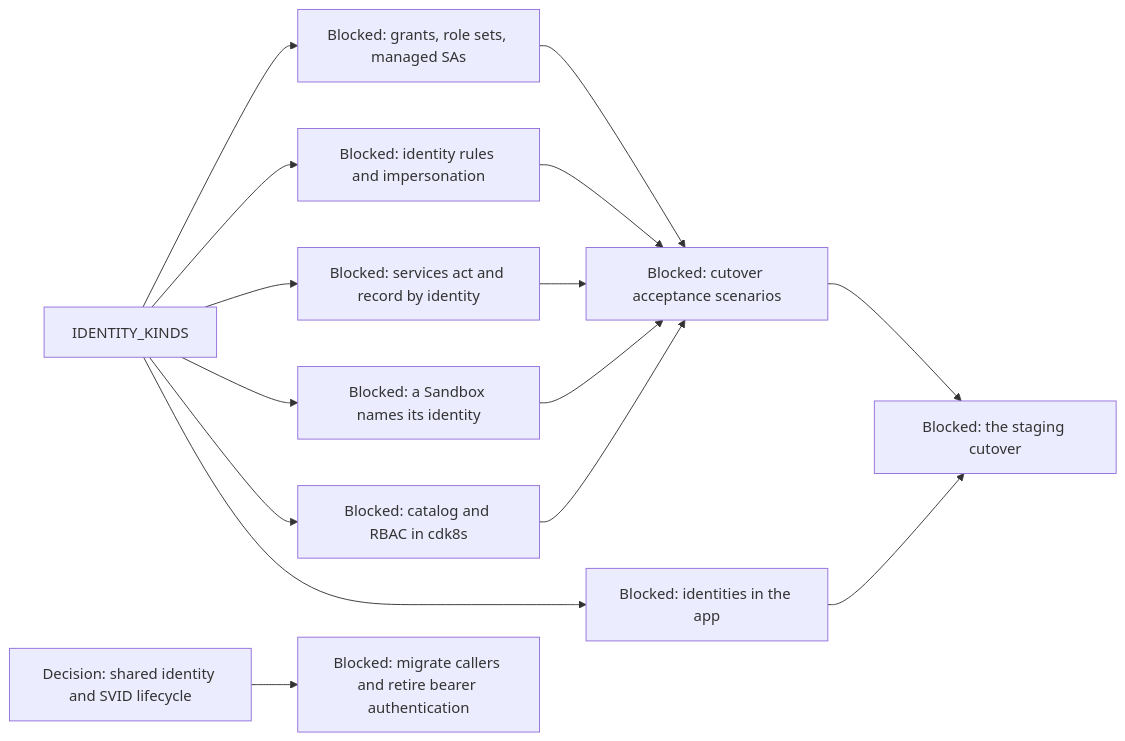
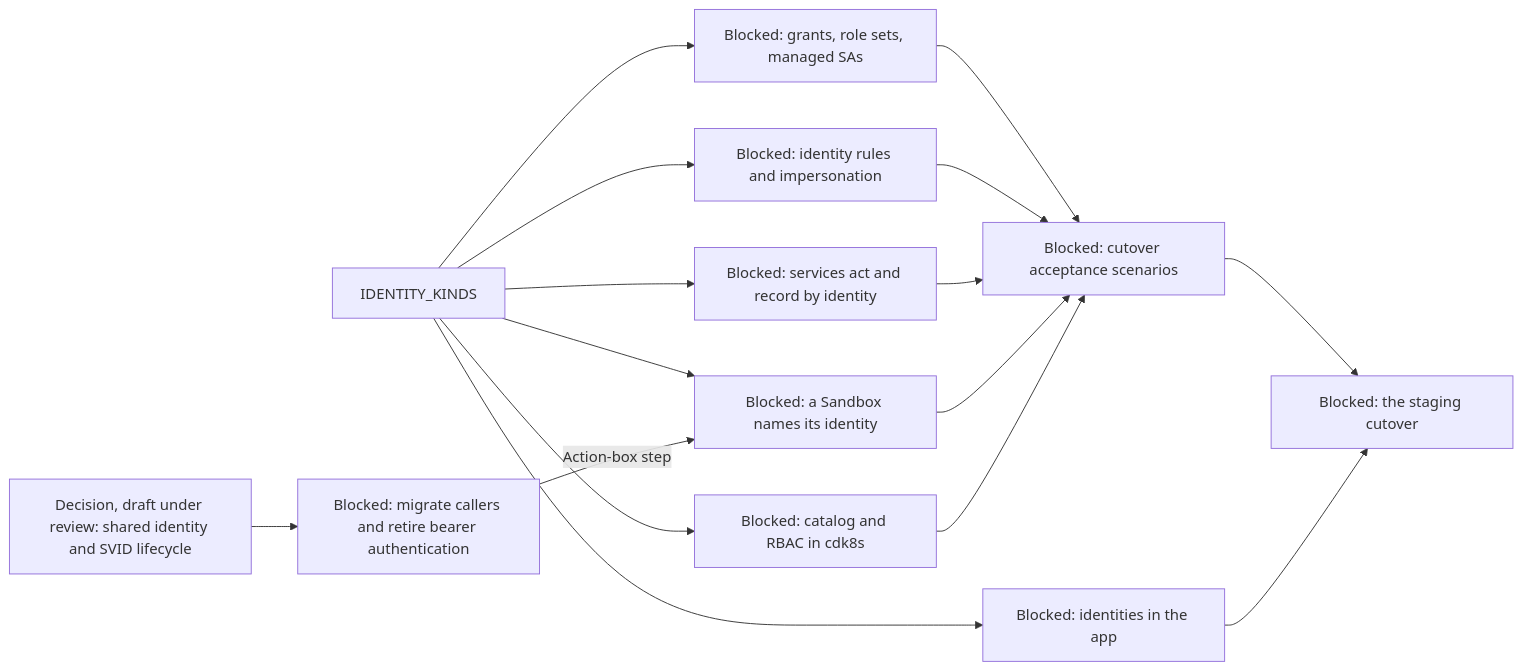
Before and after one commit to agentydragon/ducktape: diagram 17 of 19 in agentplane/plans/task_dag.md, drawn with Mermaid. The commit also changed other lines of this file and 1 other file, not shown here.

First line of the commit message:
agentplane/plans: draft the workload identity lifecycle decision (#15087)

````diff
--- a/agentplane/plans/task_dag.md
+++ b/agentplane/plans/task_dag.md
@@ -3038,17 +3038,18 @@
 ```mermaid
 flowchart LR
     IDENTITY_KINDS --> POLICY_GRANTS[Blocked: grants, role sets, managed SAs]
     IDENTITY_KINDS --> EGRESS_IDENTITY_RULES[Blocked: identity rules and impersonation]
     IDENTITY_KINDS --> SERVICES_IDENTITY_PRINCIPAL[Blocked: services act and record by identity]
     IDENTITY_KINDS --> SANDBOX_IDENTITY_SPEC[Blocked: a Sandbox names its identity]
     IDENTITY_KINDS --> IDENTITY_CATALOG[Blocked: catalog and RBAC in cdk8s]
     IDENTITY_KINDS --> APP_IDENTITIES_UI[Blocked: identities in the app]
-    WORKLOAD_IDENTITY_LIFECYCLE_DESIGN[Decision: shared identity and SVID lifecycle] --> WORKLOAD_AUTH_CUTOVER[Blocked: migrate callers and retire bearer authentication]
+    WORKLOAD_IDENTITY_LIFECYCLE_DESIGN[Decision, draft under review: shared identity and SVID lifecycle] --> WORKLOAD_AUTH_CUTOVER[Blocked: migrate callers and retire bearer authentication]
+    WORKLOAD_AUTH_CUTOVER -->|Action-box step| SANDBOX_IDENTITY_SPEC
     POLICY_GRANTS --> IDENTITY_SYSTEM_TESTS[Blocked: cutover acceptance scenarios]
     EGRESS_IDENTITY_RULES --> IDENTITY_SYSTEM_TESTS
     SERVICES_IDENTITY_PRINCIPAL --> IDENTITY_SYSTEM_TESTS
     SANDBOX_IDENTITY_SPEC --> IDENTITY_SYSTEM_TESTS
     IDENTITY_CATALOG --> IDENTITY_SYSTEM_TESTS
     IDENTITY_SYSTEM_TESTS --> IDENTITY_CUTOVER[Blocked: the staging cutover]
     APP_IDENTITIES_UI --> IDENTITY_CUTOVER
 ```
````
